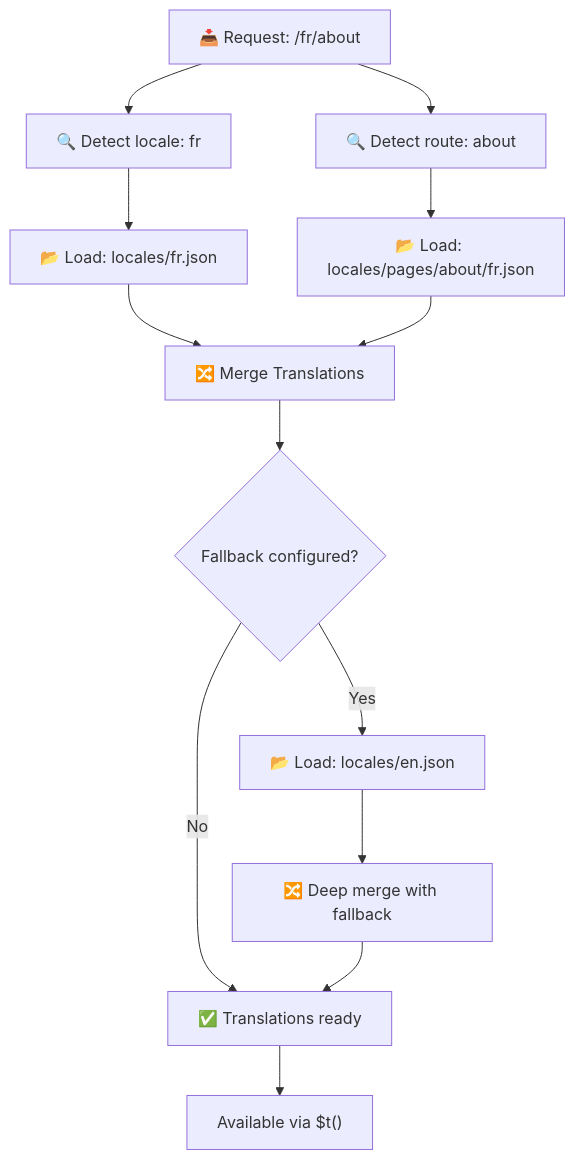
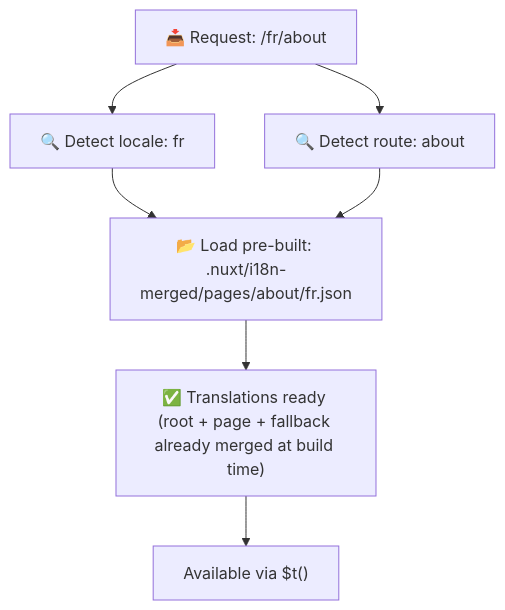
One commit to s00d/nuxt-i18n-micro changed the diagram in docs/guide/folder-structure.md. Above: the diagram before and after it, drawn with Mermaid. The commit also changed other lines of this file, not shown here.

Commit message:
docs(guide): update folder structure documentation for clarity

````diff
--- a/docs/guide/folder-structure.md
+++ b/docs/guide/folder-structure.md
@@ -143,19 +143,12 @@
 ```mermaid
 flowchart TB
     A["📥 Request: /fr/about"] --> B["🔍 Detect locale: fr"]
     A --> C["🔍 Detect route: about"]
     
-    B --> D["📂 Load: locales/fr.json"]
-    C --> E["📂 Load: locales/pages/about/fr.json"]
+    B --> D["📂 Load pre-built: .nuxt/i18n-merged/pages/about/fr.json"]
+    C --> D
     
-    D --> F["🔀 Merge Translations"]
-    E --> F
+    D --> E["✅ Translations ready (root + page + fallback already merged at build time)"]
     
-    F --> G{Fallback configured?}
-    G -->|Yes| H["📂 Load: locales/en.json"]
-    H --> I["🔀 Deep merge with fallback"]
-    G -->|No| J["✅ Translations ready"]
-    I --> J
-    
-    J --> K["Available via $t()"]
+    E --> F["Available via $t()"]
 ```
````
